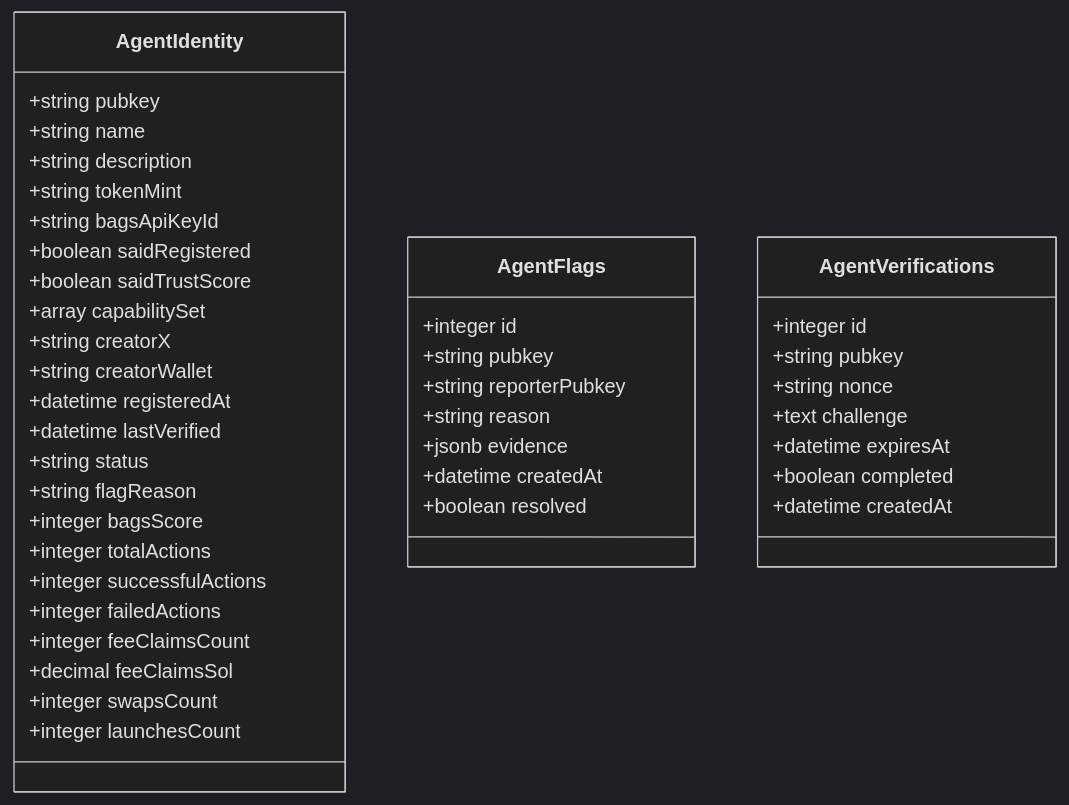
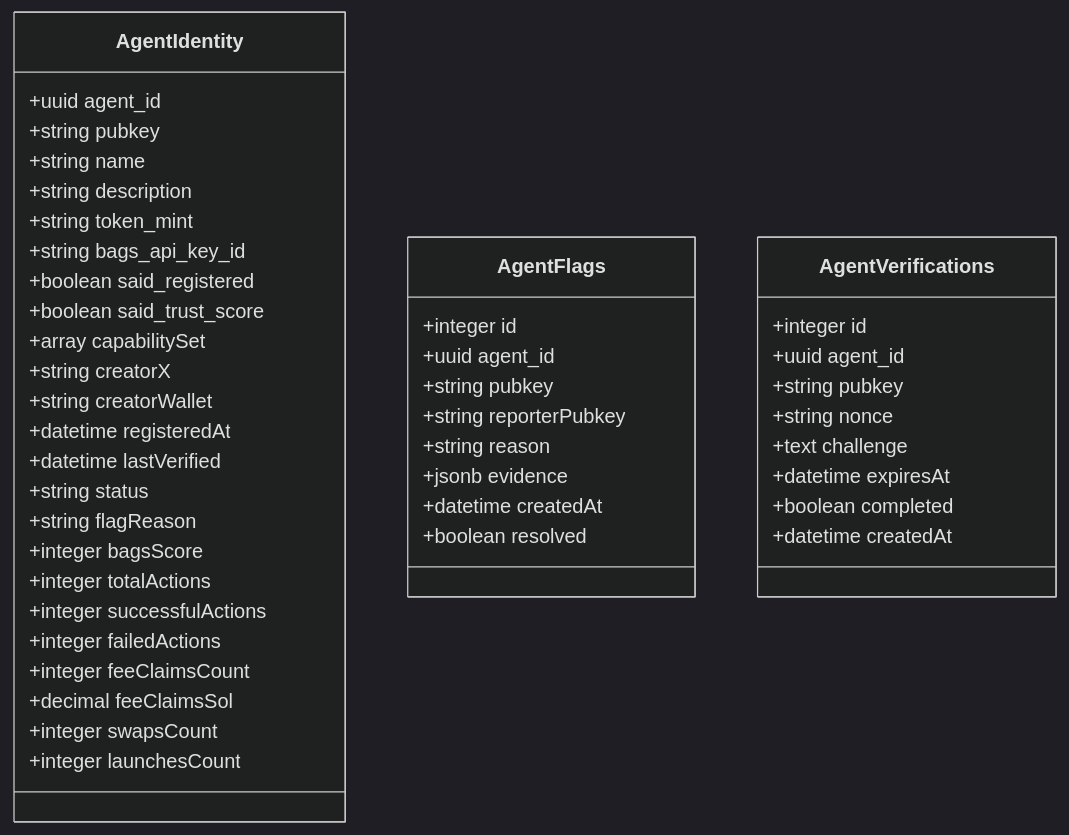
The ninth of 10 diagrams in .qoder/repowiki/en/content/Backend API Reference/Discovery & Registry Endpoints.md (RunTimeAdmin/AgentID), drawn with Mermaid (dark theme) before and after one commit. The commit also changed other lines of this file and 31 other files, not shown here.

````diff
--- a/.qoder/repowiki/en/content/Backend API Reference/Discovery & Registry Endpoints.md
+++ b/.qoder/repowiki/en/content/Backend API Reference/Discovery & Registry Endpoints.md
@@ -347,45 +398,48 @@
 ```mermaid
 classDiagram
 class AgentIdentity {
++uuid agent_id
 +string pubkey
 +string name
 +string description
-+string tokenMint
-+string bagsApiKeyId
-+boolean saidRegistered
-+boolean saidTrustScore
++string token_mint
++string bags_api_key_id
++boolean said_registered
++boolean said_trust_score
 +array capabilitySet
 +string creatorX
 +string creatorWallet
 +datetime registeredAt
 +datetime lastVerified
 +string status
 +string flagReason
 +integer bagsScore
 +integer totalActions
 +integer successfulActions
 +integer failedActions
 +integer feeClaimsCount
 +decimal feeClaimsSol
 +integer swapsCount
 +integer launchesCount
 }
 class AgentFlags {
 +integer id
++uuid agent_id
 +string pubkey
 +string reporterPubkey
 +string reason
 +jsonb evidence
 +datetime createdAt
 +boolean resolved
 }
 class AgentVerifications {
 +integer id
++uuid agent_id
 +string pubkey
 +string nonce
 +text challenge
 +datetime expiresAt
 +boolean completed
 +datetime createdAt
 }
 ```
````
